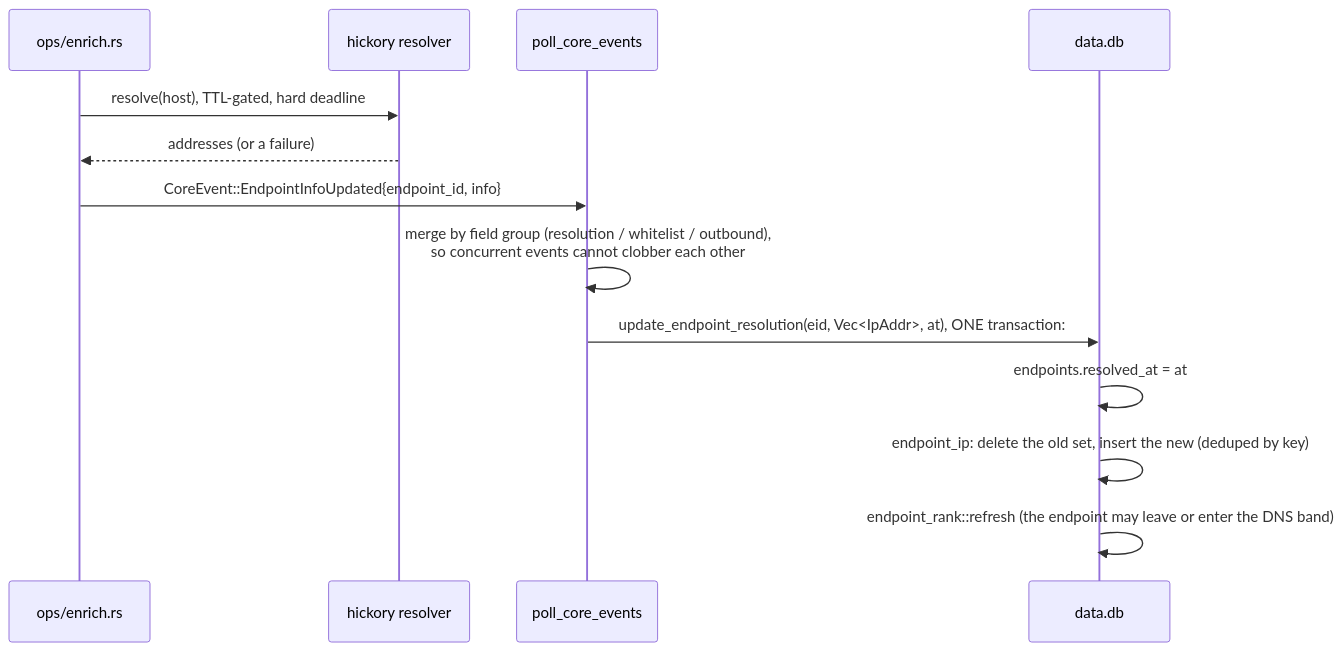
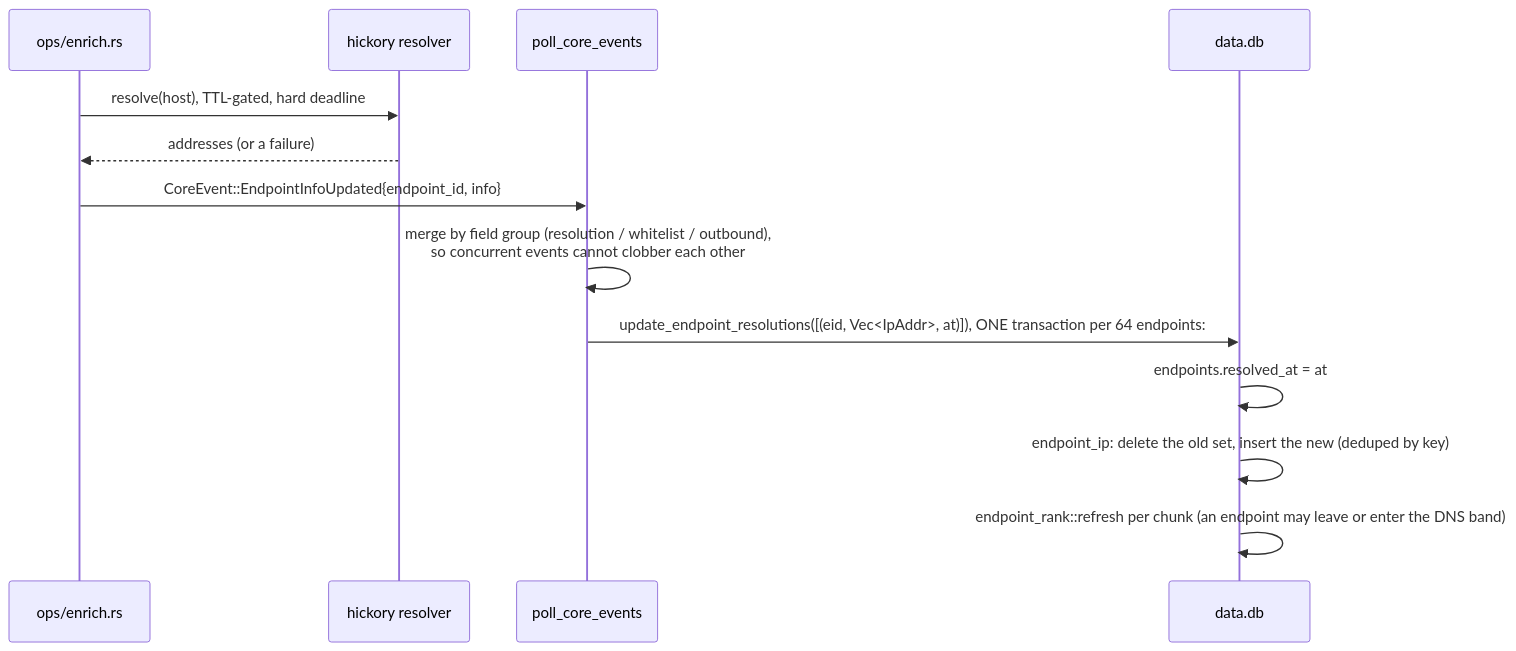
The sixth of 7 diagrams in docs/reference/database.md (SaelKimberly/leas), drawn with Mermaid before and after one commit. The commit also changed other lines of this file and 6 other files, not shown here.

````diff
--- a/docs/reference/database.md
+++ b/docs/reference/database.md
@@ -595,15 +597,15 @@
 ```mermaid
 sequenceDiagram
     participant E as ops/enrich.rs
     participant H as hickory resolver
     participant V as poll_core_events
     participant D as data.db
     E->>H: resolve(host), TTL-gated, hard deadline
     H-->>E: addresses (or a failure)
     E->>V: CoreEvent::EndpointInfoUpdated{endpoint_id, info}
     V->>V: merge by field group (resolution / whitelist / outbound),<br/>so concurrent events cannot clobber each other
-    V->>D: update_endpoint_resolution(eid, Vec<IpAddr>, at), ONE transaction:
+    V->>D: update_endpoint_resolutions([(eid, Vec<IpAddr>, at)]), ONE transaction per 64 endpoints:
     D->>D: endpoints.resolved_at = at
     D->>D: endpoint_ip: delete the old set, insert the new (deduped by key)
-    D->>D: endpoint_rank::refresh (the endpoint may leave or enter the DNS band)
+    D->>D: endpoint_rank::refresh per chunk (an endpoint may leave or enter the DNS band)
 ```
````
